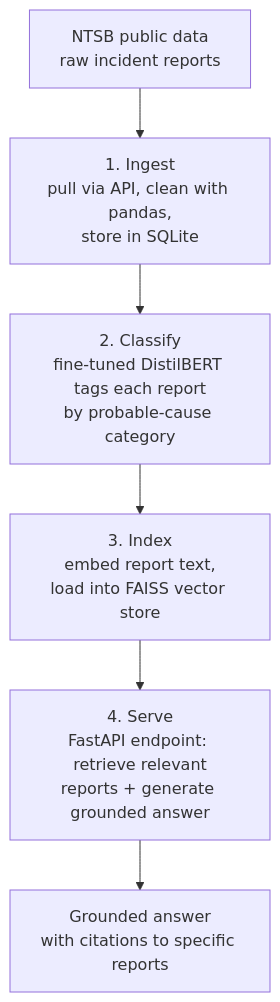
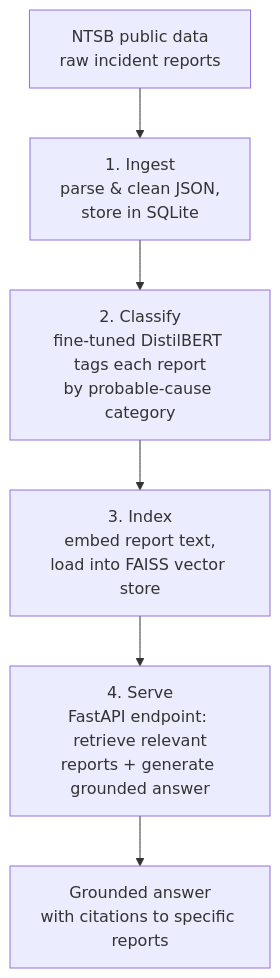
One commit to jashadev42/ntsb-intel changed the diagram in README.md. Above: the diagram before and after it, drawn with Mermaid. The commit also changed other lines of this file, not shown here.

````diff
--- a/README.md
+++ b/README.md
@@ -21,8 +22,8 @@
 ```mermaid
 flowchart TD
-    A[NTSB public data<br/>raw incident reports] --> B[1. Ingest<br/>pull via API, clean with pandas,<br/>store in SQLite]
+    A[NTSB public data<br/>raw incident reports] --> B[1. Ingest<br/>parse & clean JSON,<br/>store in SQLite]
     B --> C[2. Classify<br/>fine-tuned DistilBERT tags each report<br/>by probable-cause category]
     C --> D[3. Index<br/>embed report text,<br/>load into FAISS vector store]
     D --> E[4. Serve<br/>FastAPI endpoint: retrieve relevant<br/>reports + generate grounded answer]
     E --> F[Grounded answer<br/>with citations to specific reports]
 ```
````
